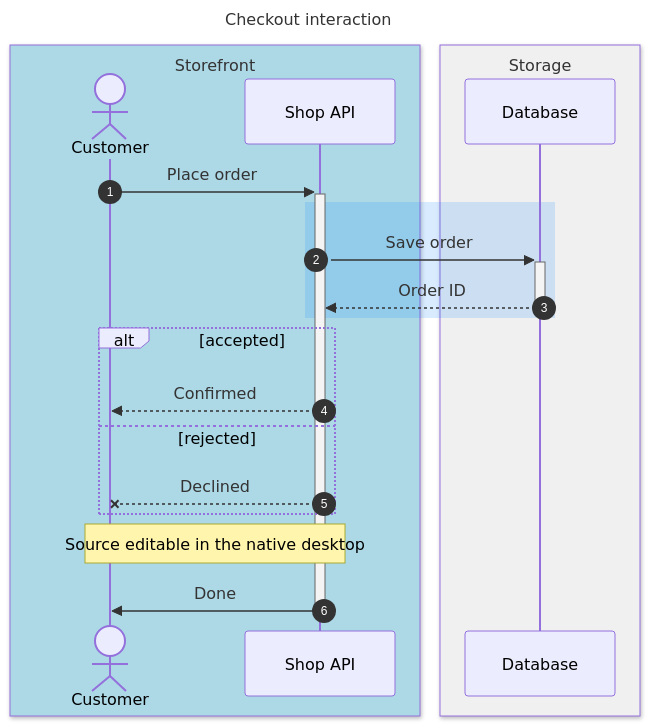
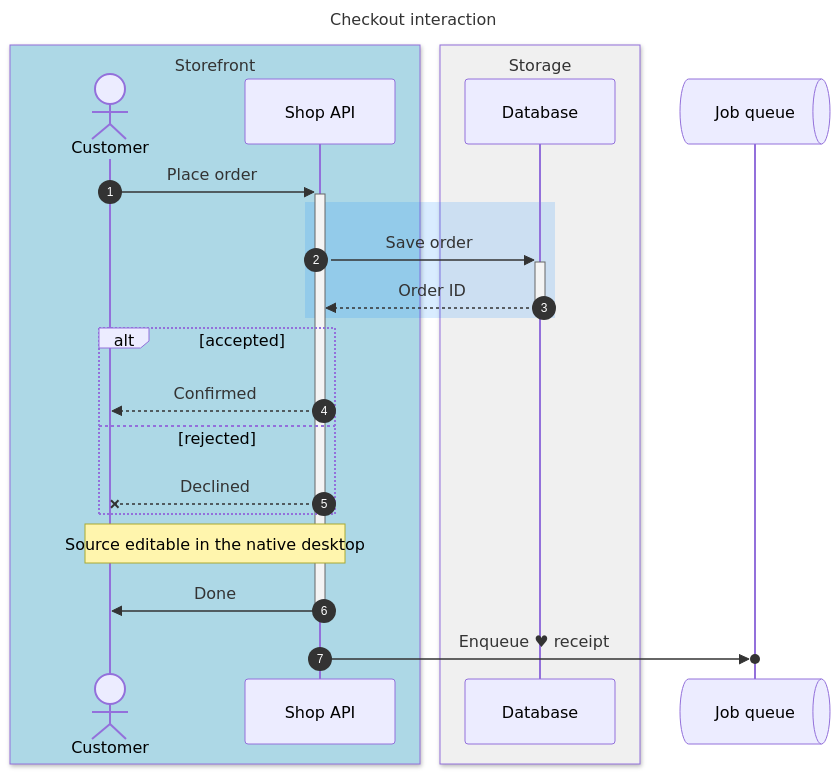
The diagram in examples/mermaid/sequence.mmd (reardan/w), drawn with Mermaid before and after one commit. The commit also changed 9 other files, not shown here.

First line of the commit message:
Mermaid: document flowchart/class/sequence/ZenUML gap closures, refresh corpus

```diff
--- a/examples/mermaid/sequence.mmd
+++ b/examples/mermaid/sequence.mmd
@@ -1,24 +1,26 @@
 sequenceDiagram
 title Checkout interaction
 autonumber
 box lightblue Storefront
 actor Customer
 participant API as Shop API
 end
 box rgb(240, 240, 240) Storage
 participant DB as Database
 end
 link API: Dashboard @ https://example.com/api
 links DB: {"Runbook": "https://example.com/db"}
 Customer->>+API: Place order
 rect rgba(0, 128, 255, 0.15)
 API->>+DB: Save order
 DB-->>-API: Order ID
 end
 alt accepted
 API-->>Customer: Confirmed
 else rejected
 API--xCustomer: Declined
 end
 Note over Customer,API: Source editable in the native desktop
 API->>-Customer: Done
+participant Queue@{ "type": "queue", "alias": "Job queue" }
+API->>()Queue: Enqueue #9829; receipt
```
